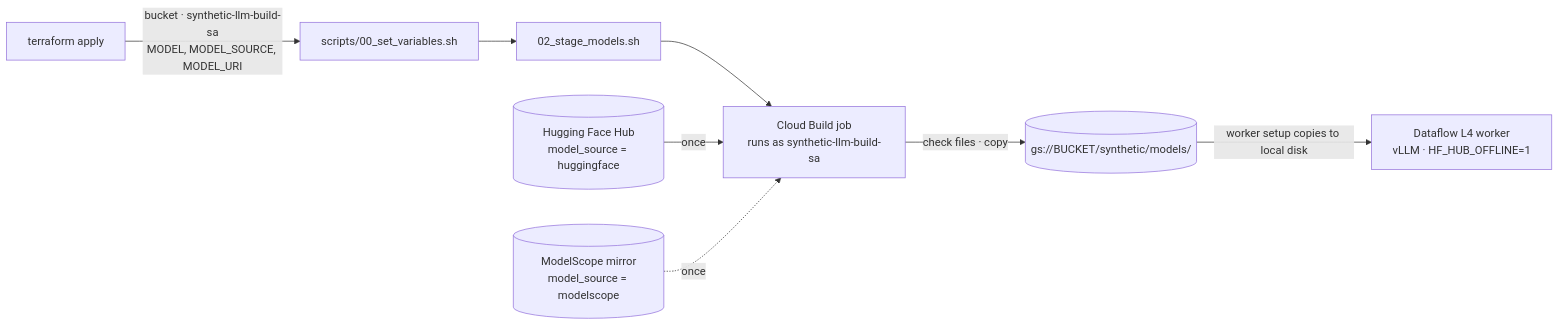
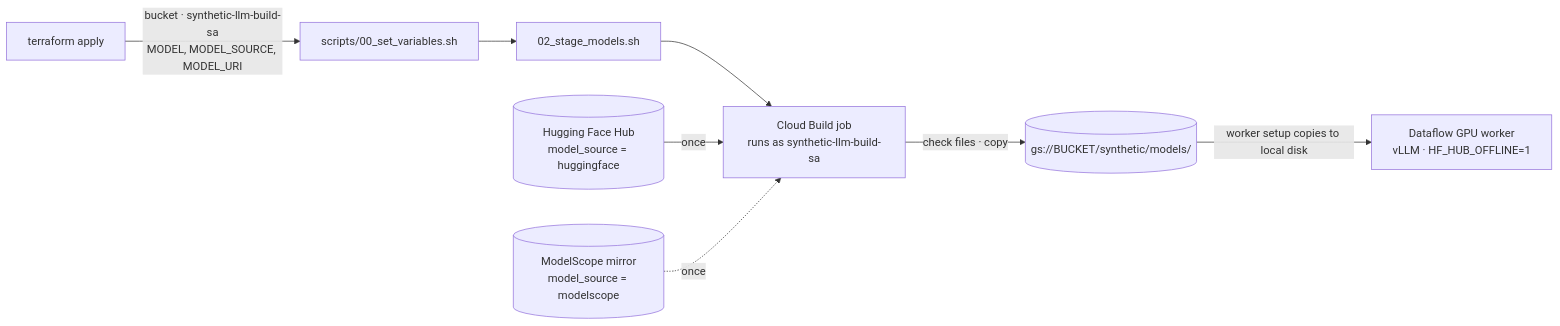
Before and after one commit to albertols/synthetic-llm-dataflow-bigquery: the third of 5 diagrams in dsg/terraform/README.md, drawn with Mermaid. The commit also changed other lines of this file and 12 other files, not shown here.

First line of the commit message:
feat(dsg): GPU profiles tie L4/T4 to machine family and vLLM dtype

````diff
--- a/dsg/terraform/README.md
+++ b/dsg/terraform/README.md
@@ -137,10 +137,10 @@
 ```mermaid
 flowchart LR
   tf[terraform apply] -->|bucket · synthetic-llm-build-sa<br/>MODEL, MODEL_SOURCE, MODEL_URI| vars[scripts/00_set_variables.sh]
   vars --> s2[02_stage_models.sh]
   s2 --> cb[Cloud Build job<br/>runs as synthetic-llm-build-sa]
   hf[(Hugging Face Hub<br/>model_source = huggingface)] -->|once| cb
   ms[(ModelScope mirror<br/>model_source = modelscope)] -.->|once| cb
   cb -->|check files · copy| gcs[(gs://BUCKET/synthetic/models/)]
-  gcs -->|worker setup copies to local disk| w[Dataflow L4 worker<br/>vLLM · HF_HUB_OFFLINE=1]
+  gcs -->|worker setup copies to local disk| w[Dataflow GPU worker<br/>vLLM · HF_HUB_OFFLINE=1]
 ```
````
